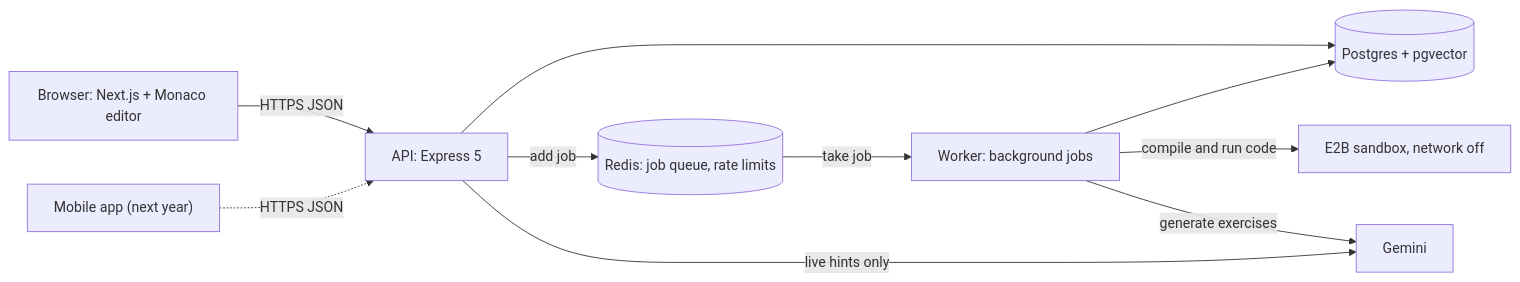
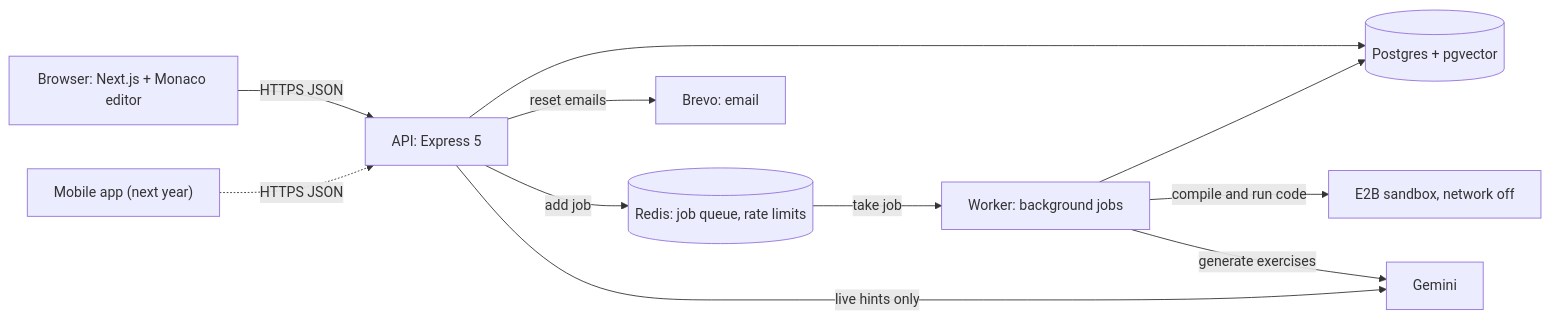
Before and after one commit to Nidanos/ai-tutor-platform: the second of 20 diagrams in DOCS/phase-3/MP3-Draft-Report.md, drawn with Mermaid. The commit also changed other lines of this file and 1 other file, not shown here.

Commit message:
docs: update Phase 3 report for password reset (25/25 endpoints, 180 tests)

````diff
--- a/DOCS/phase-3/MP3-Draft-Report.md
+++ b/DOCS/phase-3/MP3-Draft-Report.md
@@ -381,20 +389,22 @@
 ```mermaid
 flowchart LR
   B["Browser: Next.js + Monaco editor"]
   MOB["Mobile app (next year)"]
   API["API: Express 5"]
   PG[("Postgres + pgvector")]
   RD[("Redis: job queue, rate limits")]
   WK["Worker: background jobs"]
   E2B["E2B sandbox, network off"]
   GEM["Gemini"]
+  EM["Brevo: email"]
   B -->|HTTPS JSON| API
   MOB -.->|HTTPS JSON| API
   API --> PG
   API -->|add job| RD
   RD -->|take job| WK
   WK --> PG
   WK -->|compile and run code| E2B
   WK -->|generate exercises| GEM
   API -->|live hints only| GEM
+  API -->|reset emails| EM
 ```
````
